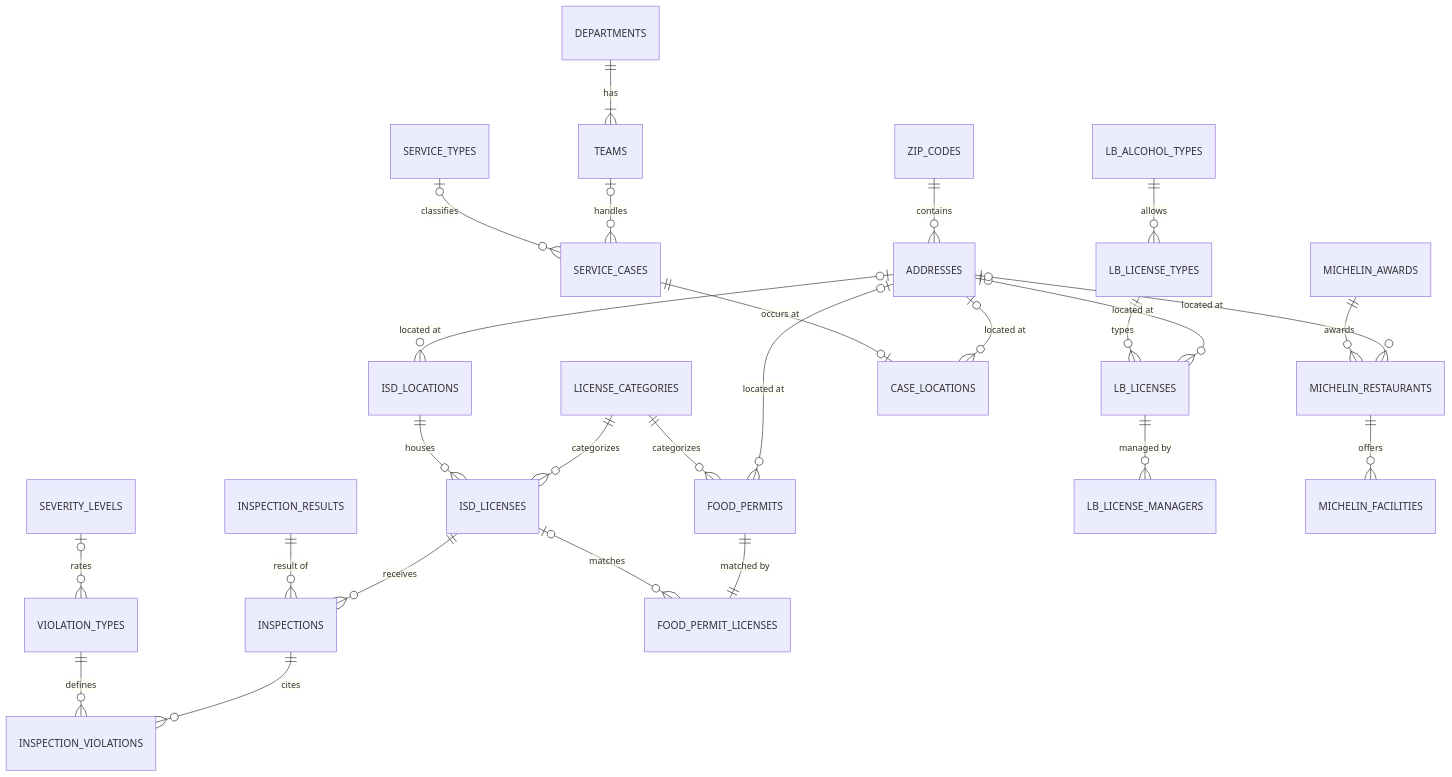
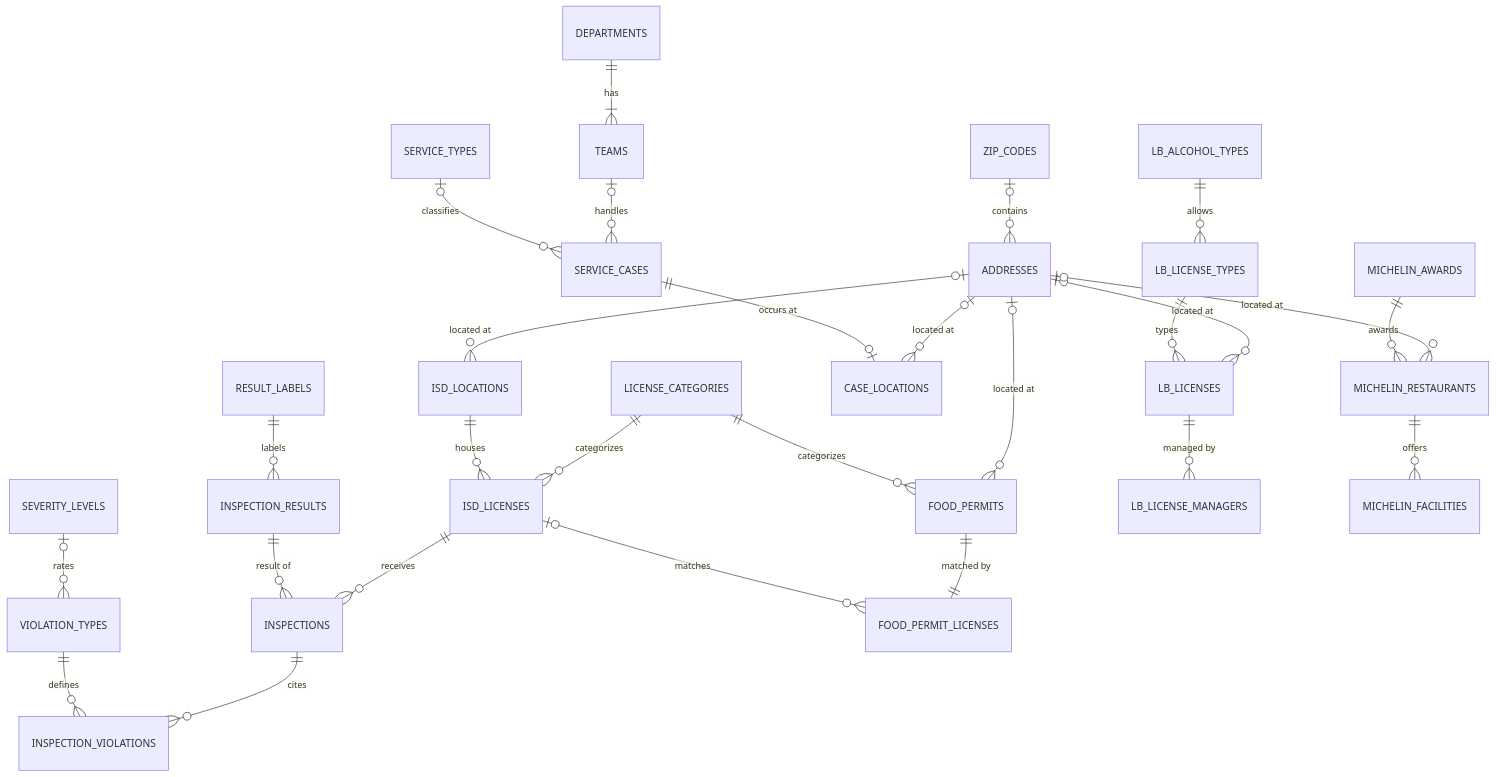
Before and after one commit to janetqliu/cs3200-project: the diagram in README.md, drawn with Mermaid. The commit also changed other lines of this file, not shown here.

````diff
--- a/README.md
+++ b/README.md
@@ -105,32 +114,33 @@
 ```mermaid
 erDiagram
-  ZIP_CODES ||--o{ ADDRESSES : contains
+  ZIP_CODES |o--o{ ADDRESSES : contains
   ADDRESSES |o--o{ ISD_LOCATIONS : "located at"
   ADDRESSES |o--o{ FOOD_PERMITS : "located at"
   ADDRESSES |o--o{ LB_LICENSES : "located at"
   ADDRESSES |o--o{ MICHELIN_RESTAURANTS : "located at"
   ADDRESSES |o--o{ CASE_LOCATIONS : "located at"
 
   LICENSE_CATEGORIES ||--o{ ISD_LICENSES : categorizes
   LICENSE_CATEGORIES ||--o{ FOOD_PERMITS : categorizes
   ISD_LOCATIONS ||--o{ ISD_LICENSES : houses
   ISD_LICENSES ||--o{ INSPECTIONS : receives
+  RESULT_LABELS ||--o{ INSPECTION_RESULTS : labels
   INSPECTION_RESULTS ||--o{ INSPECTIONS : "result of"
   INSPECTIONS ||--o{ INSPECTION_VIOLATIONS : cites
   VIOLATION_TYPES ||--o{ INSPECTION_VIOLATIONS : defines
   SEVERITY_LEVELS |o--o{ VIOLATION_TYPES : rates
   FOOD_PERMITS ||--|| FOOD_PERMIT_LICENSES : "matched by"
   ISD_LICENSES |o--o{ FOOD_PERMIT_LICENSES : matches
 
   LB_ALCOHOL_TYPES ||--o{ LB_LICENSE_TYPES : allows
   LB_LICENSE_TYPES ||--o{ LB_LICENSES : types
   LB_LICENSES ||--o{ LB_LICENSE_MANAGERS : "managed by"
 
   MICHELIN_AWARDS ||--o{ MICHELIN_RESTAURANTS : awards
   MICHELIN_RESTAURANTS ||--o{ MICHELIN_FACILITIES : offers
 
   DEPARTMENTS ||--|{ TEAMS : has
   TEAMS |o--o{ SERVICE_CASES : handles
   SERVICE_TYPES |o--o{ SERVICE_CASES : classifies
   SERVICE_CASES ||--o| CASE_LOCATIONS : "occurs at"
 ```
````
